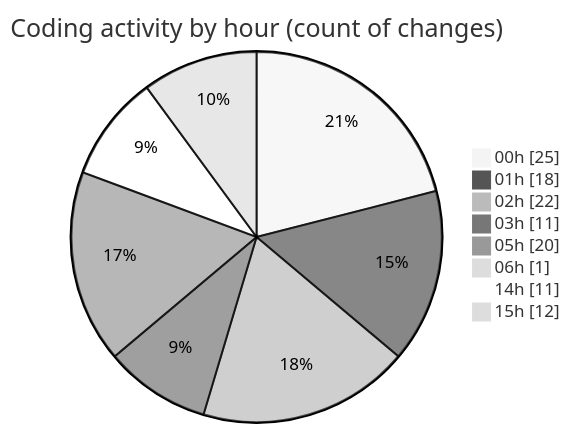
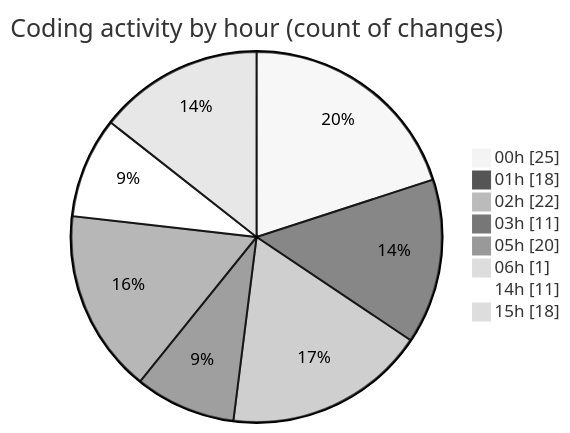
Before and after one commit to EIIisD/code-tracking: the second of 2 diagrams in 2025-07-18/ribbon/README.md, drawn with Mermaid (neutral theme). The commit also changed other lines of this file and 1 other file, not shown here.

````diff
--- a/2025-07-18/ribbon/README.md
+++ b/2025-07-18/ribbon/README.md
@@ -40,12 +40,12 @@
 ```mermaid
 pie showData
 title Coding activity by hour (count of changes)
 "00h" : 25
 "01h" : 18
 "02h" : 22
 "03h" : 11
 "05h" : 20
 "06h" : 1
 "14h" : 11
-"15h" : 12
+"15h" : 18
 ```
````
